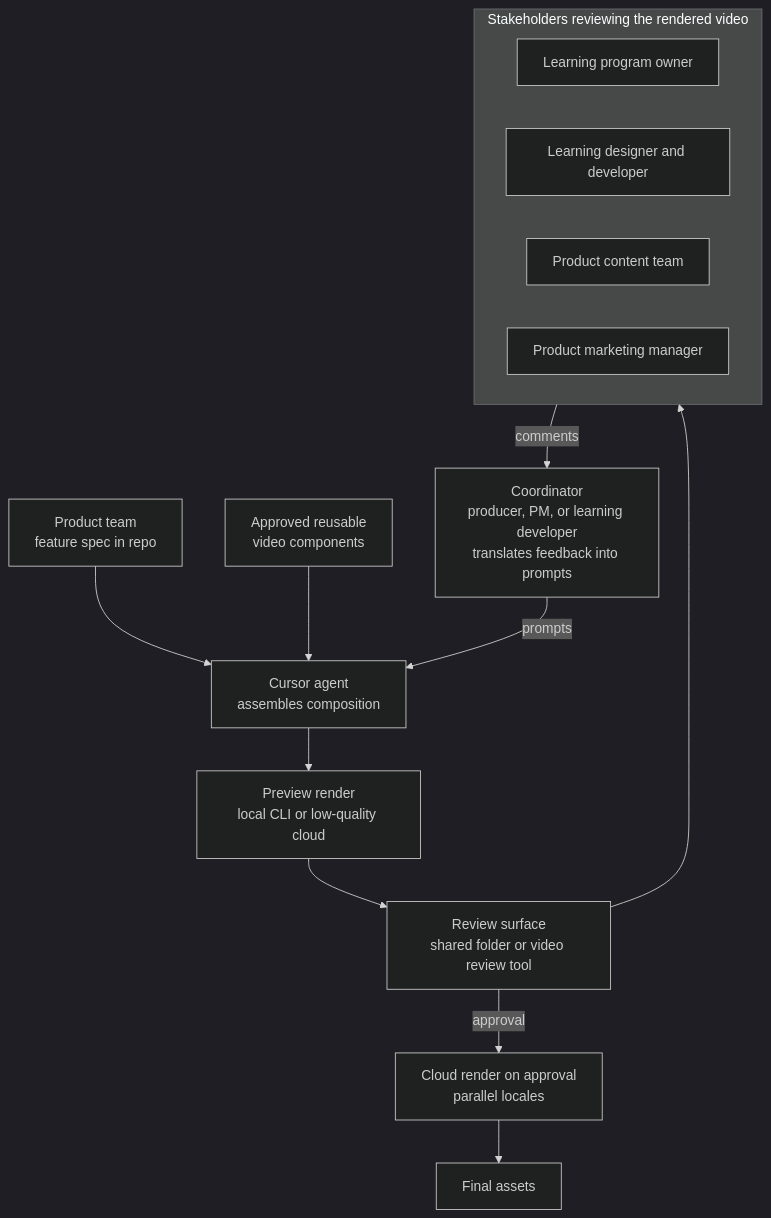
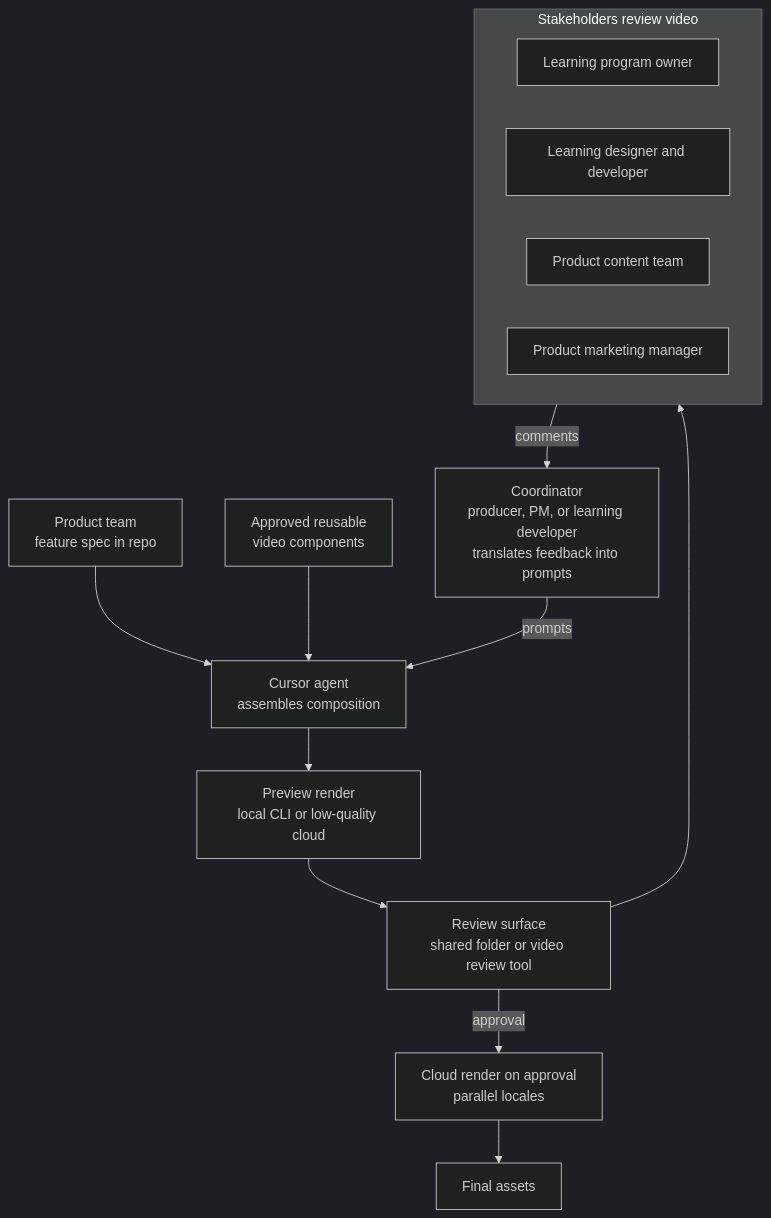
Before and after one commit to bilarikan/bilarikan.github.io: the seventh of 8 diagrams in content/posts/video-production-to-dev-workflow-editframe-test-drive/index.md, drawn with Mermaid (dark theme). The commit also changed other lines of this file and 1 other file, not shown here.

```diff
--- a/content/posts/video-production-to-dev-workflow-editframe-test-drive/index.md
+++ b/content/posts/video-production-to-dev-workflow-editframe-test-drive/index.md
@@ -337,30 +337,30 @@
 {{< mermaid >}}
 flowchart TD
   spec[Product team<br/>feature spec in repo]
   components[Approved reusable<br/>video components]
   agent[Cursor agent<br/>assembles composition]
   preview[Preview render<br/>local CLI or low-quality cloud]
   surface[Review surface<br/>shared folder or video review tool]
 
-  subgraph stakeholders[Stakeholders reviewing the rendered video]
+  subgraph stakeholders[Stakeholders review video]
     direction LR
     lpo[Learning program owner]
     ldd[Learning designer and developer]
     pc[Product content team]
     pmm[Product marketing manager]
   end
 
   coord[Coordinator<br/>producer, PM, or learning developer<br/>translates feedback into prompts]
   cloud[Cloud render on approval<br/>parallel locales]
   final[Final assets]
 
   spec --> agent
   components --> agent
   agent --> preview
   preview --> surface
   surface --> stakeholders
   stakeholders -->|comments| coord
   coord -->|prompts| agent
   surface -->|approval| cloud
   cloud --> final
 {{< /mermaid >}}
```
